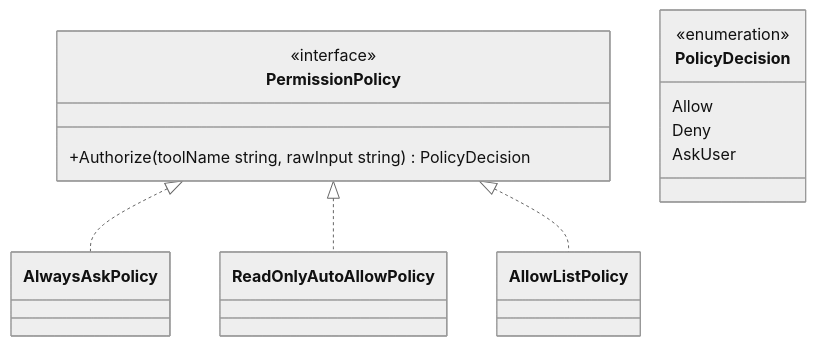
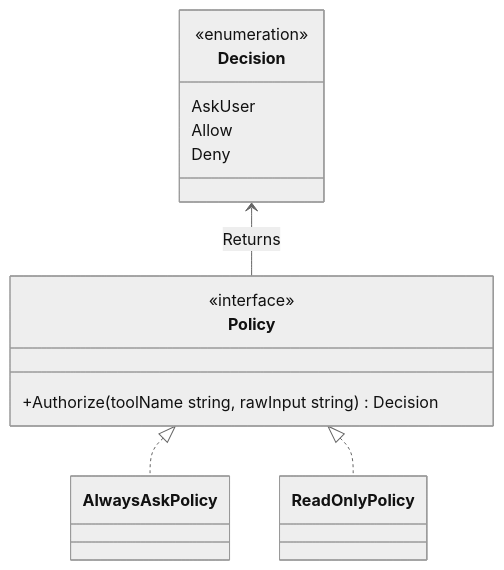
Before and after one commit to AntonioHellin/phi-code-agent: the diagram in docs/steps/14-permission-policies.md, drawn with Mermaid (neutral theme). The commit also changed other lines of this file and 5 other files, not shown here.

````diff
--- a/docs/steps/14-permission-policies.md
+++ b/docs/steps/14-permission-policies.md
@@ -9,20 +9,19 @@
 ```mermaid
 classDiagram
-    class PermissionPolicy {
+    class Policy {
         <<interface>>
-        +Authorize(toolName string, rawInput string) PolicyDecision
+        +Authorize(toolName string, rawInput string) Decision
     }
-    class PolicyDecision {
+    class Decision {
         <<enumeration>>
+        AskUser
         Allow
         Deny
-        AskUser
     }
     class AlwaysAskPolicy
-    class ReadOnlyAutoAllowPolicy
-    class AllowListPolicy
+    class ReadOnlyPolicy
 
-    PermissionPolicy <|.. AlwaysAskPolicy
-    PermissionPolicy <|.. ReadOnlyAutoAllowPolicy
-    PermissionPolicy <|.. AllowListPolicy
+    Policy <|.. AlwaysAskPolicy
+    Policy <|.. ReadOnlyPolicy
+    Decision <-- Policy : Returns
 ```
````
